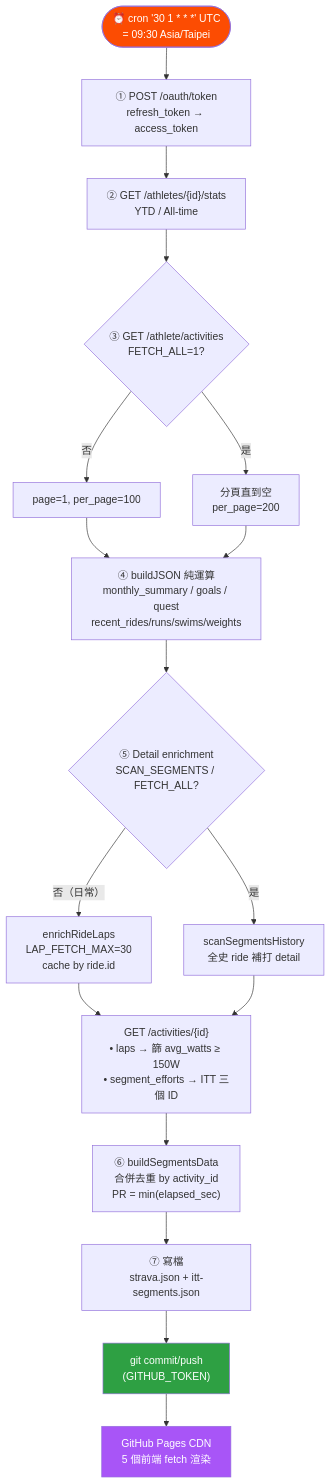
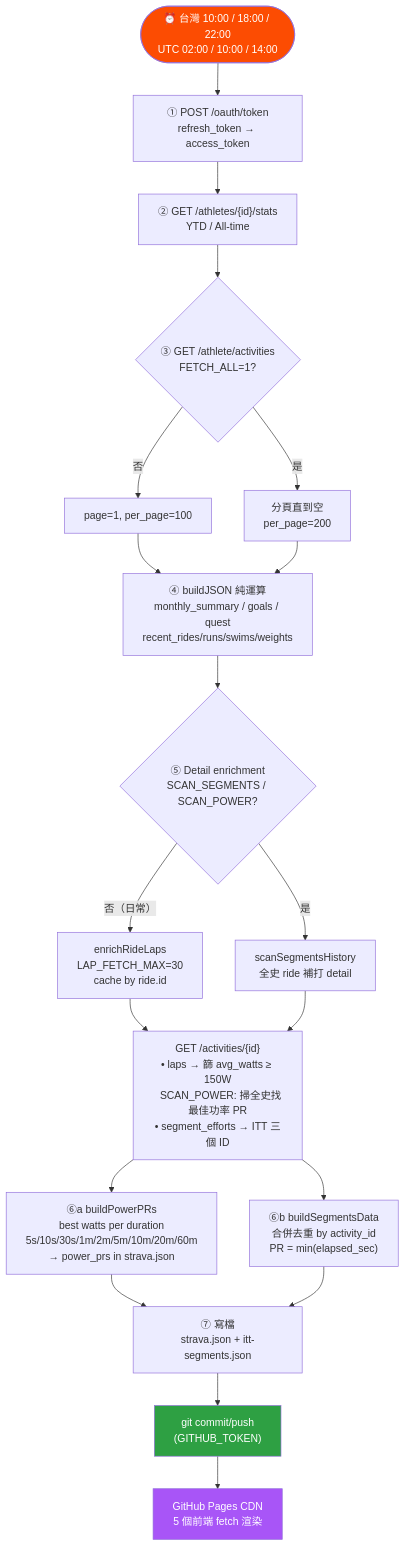
One commit to chenhan20/linkTree changed the diagram in README.md. Above: the diagram before and after it, drawn with Mermaid. The commit also changed other lines of this file and 14 other files, not shown here.

````diff
--- a/README.md
+++ b/README.md
@@ -95,26 +97,29 @@
 ```mermaid
 flowchart TD
-  Cron(["⏰ cron '30 1 * * *' UTC<br/>= 09:30 Asia/Taipei"]) --> Token
+  Cron(["⏰ 台灣 10:00 / 18:00 / 22:00<br/>UTC 02:00 / 10:00 / 14:00"]) --> Token
   Token["① POST /oauth/token<br/>refresh_token → access_token"] --> Stats
   Stats["② GET /athletes/{id}/stats<br/>YTD / All-time"] --> Acts
   Acts{"③ GET /athlete/activities<br/>FETCH_ALL=1?"}
   Acts -- 否 --> ActsR["page=1, per_page=100"]
   Acts -- 是 --> ActsA["分頁直到空<br/>per_page=200"]
   ActsR --> Build
   ActsA --> Build
   Build["④ buildJSON 純運算<br/>monthly_summary / goals / quest<br/>recent_rides/runs/swims/weights"] --> Mode
-  Mode{"⑤ Detail enrichment<br/>SCAN_SEGMENTS / FETCH_ALL?"}
+  Mode{"⑤ Detail enrichment<br/>SCAN_SEGMENTS / SCAN_POWER?"}
   Mode -- 否（日常） --> Daily["enrichRideLaps<br/>LAP_FETCH_MAX=30<br/>cache by ride.id"]
   Mode -- 是 --> Scan["scanSegmentsHistory<br/>全史 ride 補打 detail"]
   Daily --> Detail
   Scan --> Detail
-  Detail["GET /activities/{id}<br/>• laps → 篩 avg_watts ≥ 150W<br/>• segment_efforts → ITT 三個 ID"]
-  Detail --> Segs["⑥ buildSegmentsData<br/>合併去重 by activity_id<br/>PR = min(elapsed_sec)"]
-  Segs --> Write["⑦ 寫檔<br/>strava.json + itt-segments.json"]
+  Detail["GET /activities/{id}<br/>• laps → 篩 avg_watts ≥ 150W<br/>  SCAN_POWER: 掃全史找最佳功率 PR<br/>• segment_efforts → ITT 三個 ID"]
+  Detail --> Power["⑥a buildPowerPRs<br/>best watts per duration<br/>5s/10s/30s/1m/2m/5m/10m/20m/60m<br/>→ power_prs in strava.json"]
+  Detail --> Segs["⑥b buildSegmentsData<br/>合併去重 by activity_id<br/>PR = min(elapsed_sec)"]
+  Power --> Write
+  Segs --> Write
+  Write["⑦ 寫檔<br/>strava.json + itt-segments.json"]
   Write --> Push["git commit/push<br/>(GITHUB_TOKEN)"]
   Push --> Pages["GitHub Pages CDN<br/>5 個前端 fetch 渲染"]
 
   style Cron fill:#FC4C02,color:#fff
   style Push fill:#2ea043,color:#fff
   style Pages fill:#a855f7,color:#fff
 ```
````
